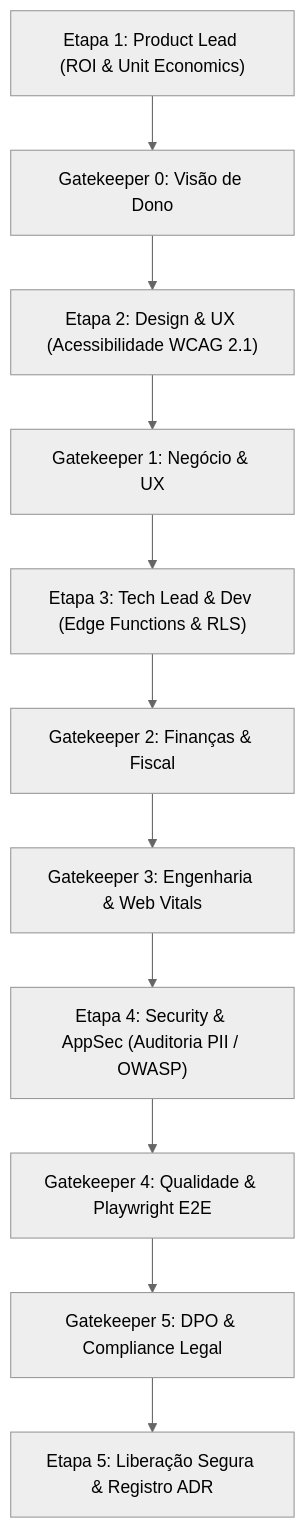
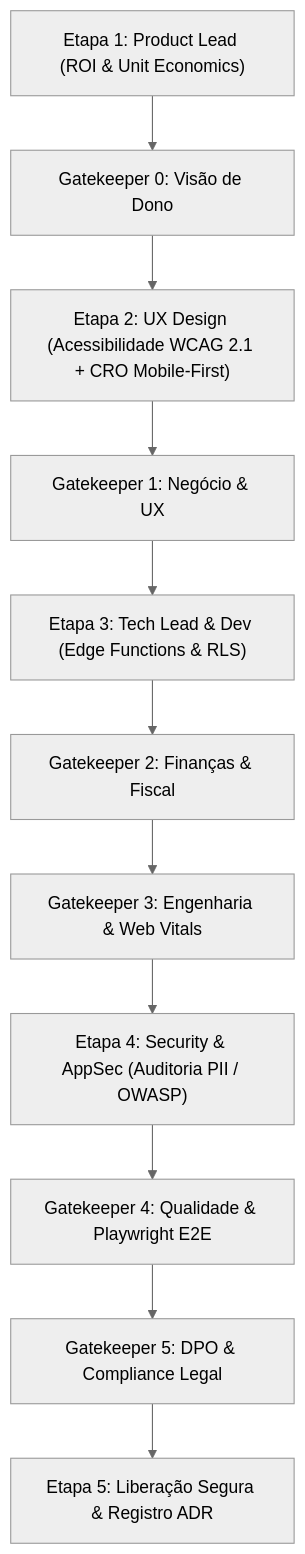
Before and after one commit to andersonigarcia/frontend_doxologos: the diagram in .squad/workflows/full_track.md, drawn with Mermaid (neutral theme). The commit also changed other lines of this file and 11 other files, not shown here.

````diff
--- a/.squad/workflows/full_track.md
+++ b/.squad/workflows/full_track.md
@@ -15,13 +17,13 @@
 ```mermaid
 flowchart TD
     E1["Etapa 1: Product Lead (ROI & Unit Economics)"] --> G0["Gatekeeper 0: Visão de Dono"]
-    G0 --> E2["Etapa 2: Design & UX (Acessibilidade WCAG 2.1)"]
+    G0 --> E2["Etapa 2: UX Design (Acessibilidade WCAG 2.1 + CRO Mobile-First)"]
     E2 --> G1["Gatekeeper 1: Negócio & UX"]
     G1 --> E3["Etapa 3: Tech Lead & Dev (Edge Functions & RLS)"]
     E3 --> G2["Gatekeeper 2: Finanças & Fiscal"]
     G2 --> G3["Gatekeeper 3: Engenharia & Web Vitals"]
     G3 --> E4["Etapa 4: Security & AppSec (Auditoria PII / OWASP)"]
     E4 --> G4["Gatekeeper 4: Qualidade & Playwright E2E"]
     G4 --> G5["Gatekeeper 5: DPO & Compliance Legal"]
     G5 --> E5["Etapa 5: Liberação Segura & Registro ADR"]
 ```
````
